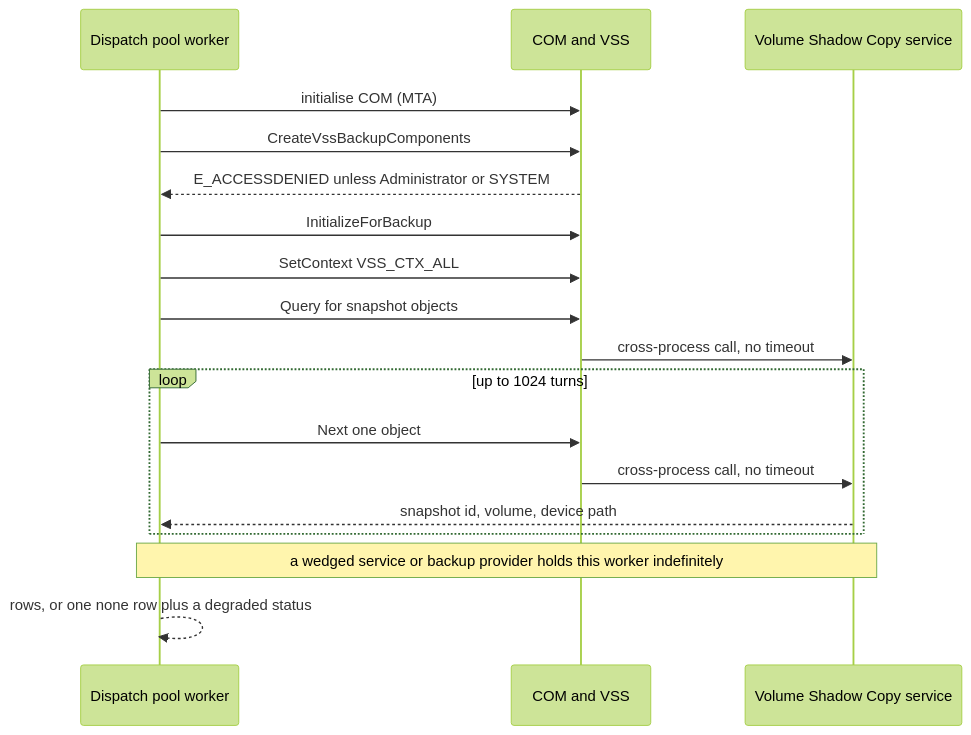
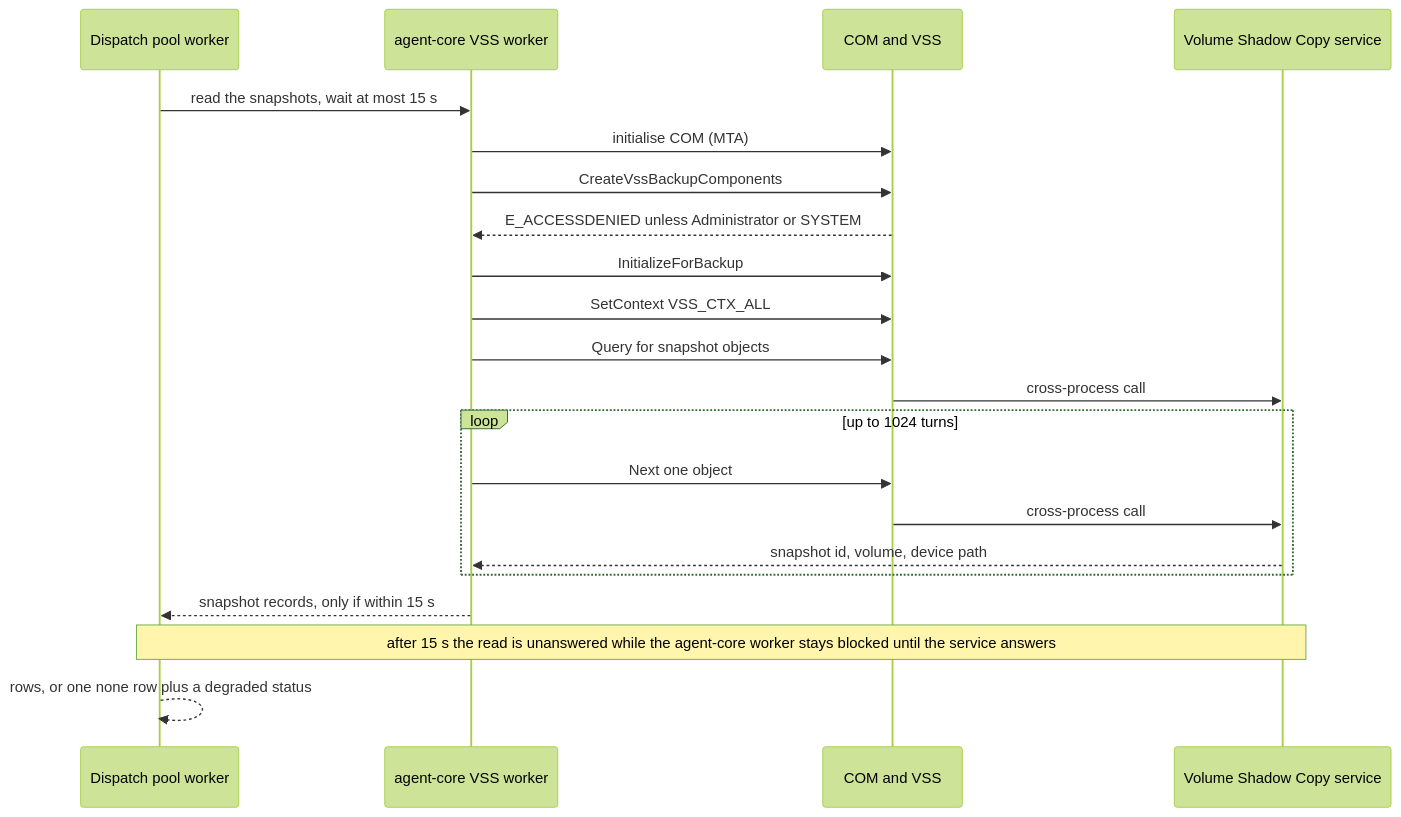
Before and after one commit to DevNullLtd/Yuzu: the second of 2 diagrams in agents/plugins/filesystem_posture/README.md, drawn with Mermaid (forest theme). The commit also changed other lines of this file and 7 other files, not shown here.

Commit message:
p4-vss: VSS snapshot enumeration in agent-core and the filesystem_posture snapshots leg

````diff
--- a/agents/plugins/filesystem_posture/README.md
+++ b/agents/plugins/filesystem_posture/README.md
@@ -48,20 +48,23 @@
 ```mermaid
 sequenceDiagram
   participant D as Dispatch pool worker
+  participant W as agent-core VSS worker
   participant C as COM and VSS
   participant S as Volume Shadow Copy service
-  D->>C: initialise COM (MTA)
-  D->>C: CreateVssBackupComponents
-  C-->>D: E_ACCESSDENIED unless Administrator or SYSTEM
-  D->>C: InitializeForBackup
-  D->>C: SetContext VSS_CTX_ALL
-  D->>C: Query for snapshot objects
-  C->>S: cross-process call, no timeout
+  D->>W: read the snapshots, wait at most 15 s
+  W->>C: initialise COM (MTA)
+  W->>C: CreateVssBackupComponents
+  C-->>W: E_ACCESSDENIED unless Administrator or SYSTEM
+  W->>C: InitializeForBackup
+  W->>C: SetContext VSS_CTX_ALL
+  W->>C: Query for snapshot objects
+  C->>S: cross-process call
   loop up to 1024 turns
-    D->>C: Next one object
-    C->>S: cross-process call, no timeout
-    S-->>D: snapshot id, volume, device path
+    W->>C: Next one object
+    C->>S: cross-process call
+    S-->>W: snapshot id, volume, device path
   end
-  Note over D,S: a wedged service or backup provider holds this worker indefinitely
+  W-->>D: snapshot records, only if within 15 s
+  Note over D,S: after 15 s the read is unanswered while the agent-core worker stays blocked until the service answers
   D-->>D: rows, or one none row plus a degraded status
 ```
````
